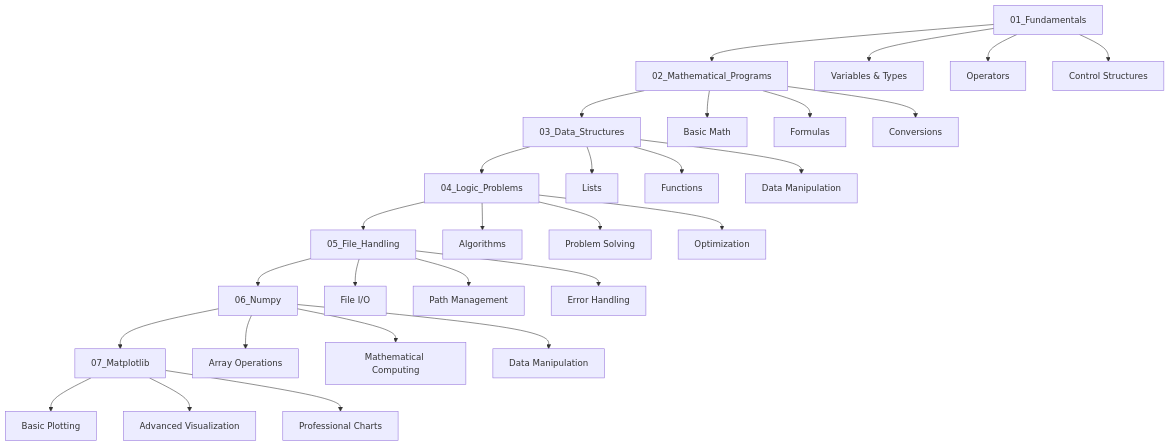
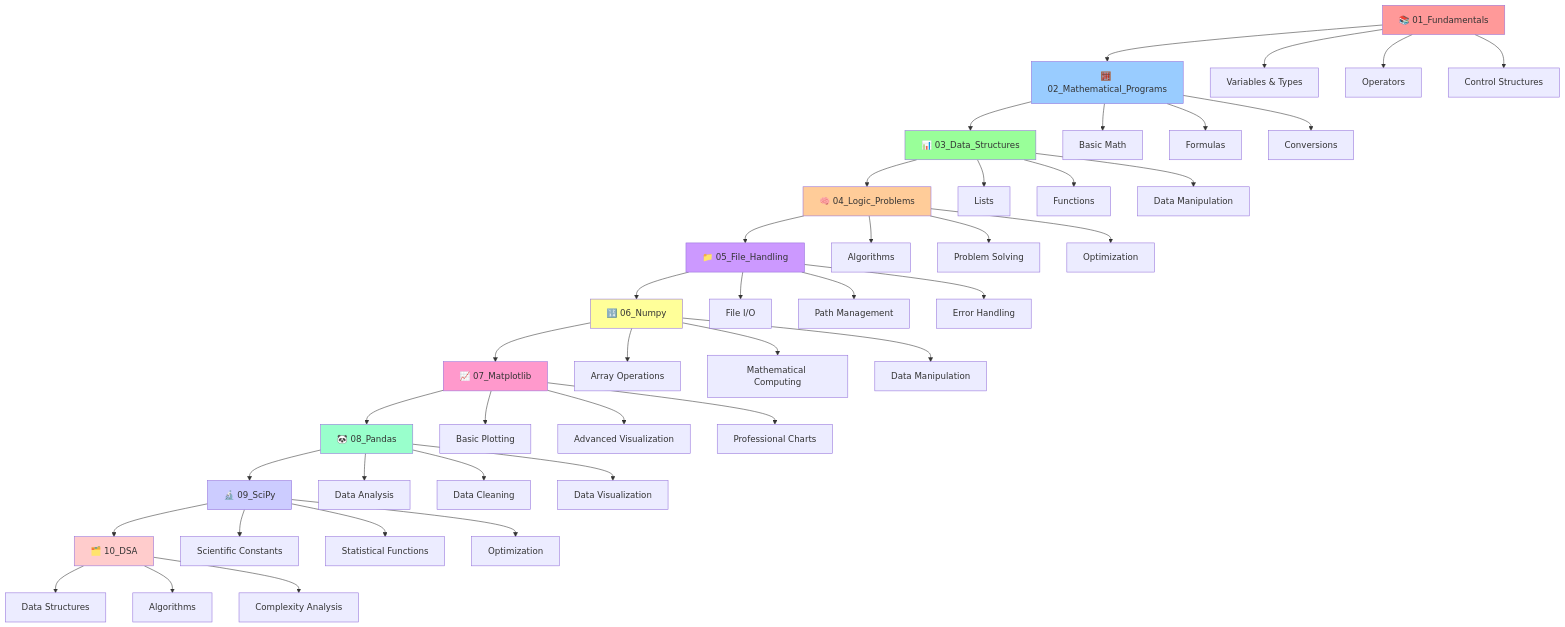
The diagram in README.md (Anadi-Gupta1/Python), drawn with Mermaid before and after one commit. The commit also changed other lines of this file, not shown here.

````diff
--- a/README.md
+++ b/README.md
@@ -255,37 +494,63 @@
 ```mermaid
 graph TD
-    A[01_Fundamentals] --> B[02_Mathematical_Programs]
-    B --> C[03_Data_Structures]
-    C --> D[04_Logic_Problems]
-    D --> E[05_File_Handling]
-    E --> F[06_Numpy]
-    F --> G[07_Matplotlib]
+    A[📚 01_Fundamentals] --> B[🧮 02_Mathematical_Programs]
+    B --> C[📊 03_Data_Structures]
+    C --> D[🧠 04_Logic_Problems]
+    D --> E[📁 05_File_Handling]
+    E --> F[🔢 06_Numpy]
+    F --> G[📈 07_Matplotlib]
+    G --> H[🐼 08_Pandas]
+    H --> I[🔬 09_SciPy]
+    I --> J[🗂️ 10_DSA]
     
     A --> A1[Variables & Types]
     A --> A2[Operators]
     A --> A3[Control Structures]
     
     B --> B1[Basic Math]
     B --> B2[Formulas]
     B --> B3[Conversions]
     
     C --> C1[Lists]
     C --> C2[Functions]
     C --> C3[Data Manipulation]
     
     D --> D1[Algorithms]
     D --> D2[Problem Solving]
     D --> D3[Optimization]
     
     E --> E1[File I/O]
     E --> E2[Path Management]
     E --> E3[Error Handling]
     
     F --> F1[Array Operations]
     F --> F2[Mathematical Computing]
     F --> F3[Data Manipulation]
     
     G --> G1[Basic Plotting]
     G --> G2[Advanced Visualization]
     G --> G3[Professional Charts]
+    
+    H --> H1[Data Analysis]
+    H --> H2[Data Cleaning]
+    H --> H3[Data Visualization]
+    
+    I --> I1[Scientific Constants]
+    I --> I2[Statistical Functions]
+    I --> I3[Optimization]
+    
+    J --> J1[Data Structures]
+    J --> J2[Algorithms]
+    J --> J3[Complexity Analysis]
+
+    style A fill:#ff9999
+    style B fill:#99ccff
+    style C fill:#99ff99
+    style D fill:#ffcc99
+    style E fill:#cc99ff
+    style F fill:#ffff99
+    style G fill:#ff99cc
+    style H fill:#99ffcc
+    style I fill:#ccccff
+    style J fill:#ffcccc
 ```
````
